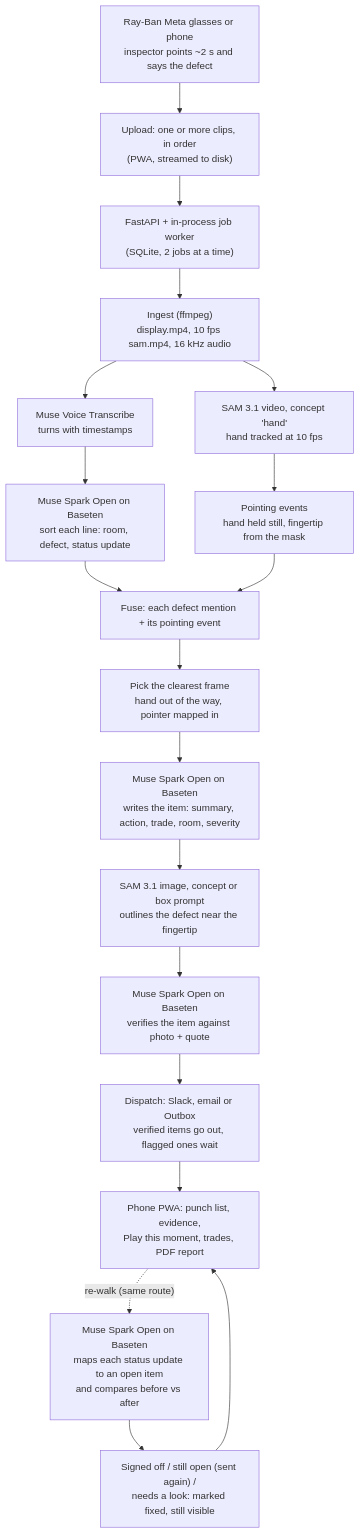
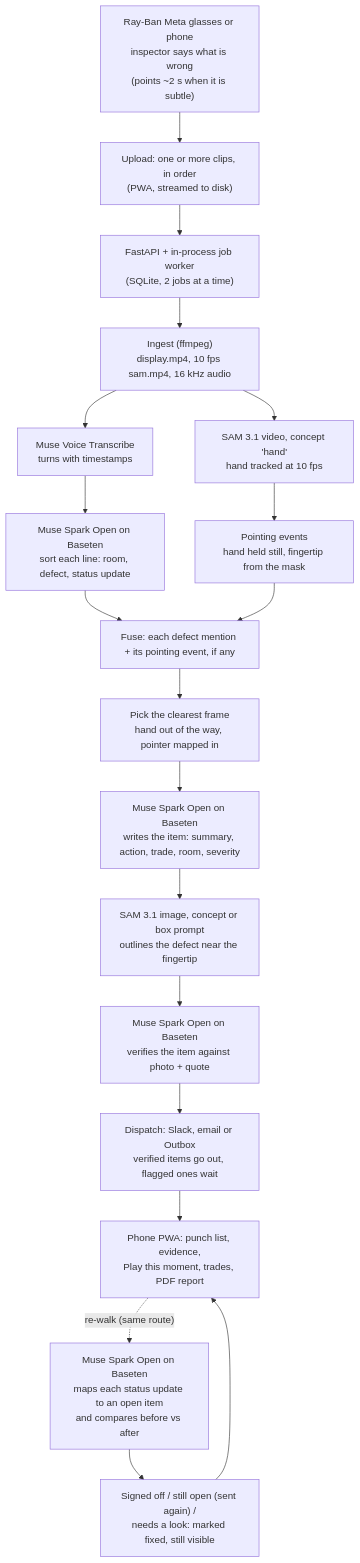
One commit to lucianobogo/punchwalk changed the diagram in README.md. Above: the diagram before and after it, drawn with Mermaid. The commit also changed other lines of this file and 1 other file, not shown here.

Commit message:
docs: saying what's wrong is enough — pointing is optional (subtle defects, precision); other inspection types; no links to unpublished files

````diff
--- a/README.md
+++ b/README.md
@@ -50,21 +55,21 @@
 ```mermaid
 flowchart TD
-    A["Ray-Ban Meta glasses or phone<br/>inspector points ~2 s and says the defect"] --> B["Upload: one or more clips, in order<br/>(PWA, streamed to disk)"]
+    A["Ray-Ban Meta glasses or phone<br/>inspector says what is wrong<br/>(points ~2 s when it is subtle)"] --> B["Upload: one or more clips, in order<br/>(PWA, streamed to disk)"]
     B --> C["FastAPI + in-process job worker<br/>(SQLite, 2 jobs at a time)"]
     C --> D["Ingest (ffmpeg)<br/>display.mp4, 10 fps sam.mp4, 16 kHz audio"]
     D --> E["Muse Voice Transcribe<br/>turns with timestamps"]
     D --> F["SAM 3.1 video, concept 'hand'<br/>hand tracked at 10 fps"]
     E --> G["Muse Spark Open on Baseten<br/>sort each line: room, defect, status update"]
     F --> H["Pointing events<br/>hand held still, fingertip from the mask"]
-    G --> I["Fuse: each defect mention + its pointing event"]
+    G --> I["Fuse: each defect mention + its pointing event, if any"]
     H --> I
     I --> J["Pick the clearest frame<br/>hand out of the way, pointer mapped in"]
     J --> K["Muse Spark Open on Baseten<br/>writes the item: summary, action, trade, room, severity"]
     K --> L["SAM 3.1 image, concept or box prompt<br/>outlines the defect near the fingertip"]
     L --> M["Muse Spark Open on Baseten<br/>verifies the item against photo + quote"]
     M --> N["Dispatch: Slack, email or Outbox<br/>verified items go out, flagged ones wait"]
     N --> O["Phone PWA: punch list, evidence,<br/>Play this moment, trades, PDF report"]
     O -. "re-walk (same route)" .-> P["Muse Spark Open on Baseten<br/>maps each status update to an open item<br/>and compares before vs after"]
     P --> Q["Signed off / still open (sent again) /<br/>needs a look: marked fixed, still visible"]
     Q --> O
 ```
````
